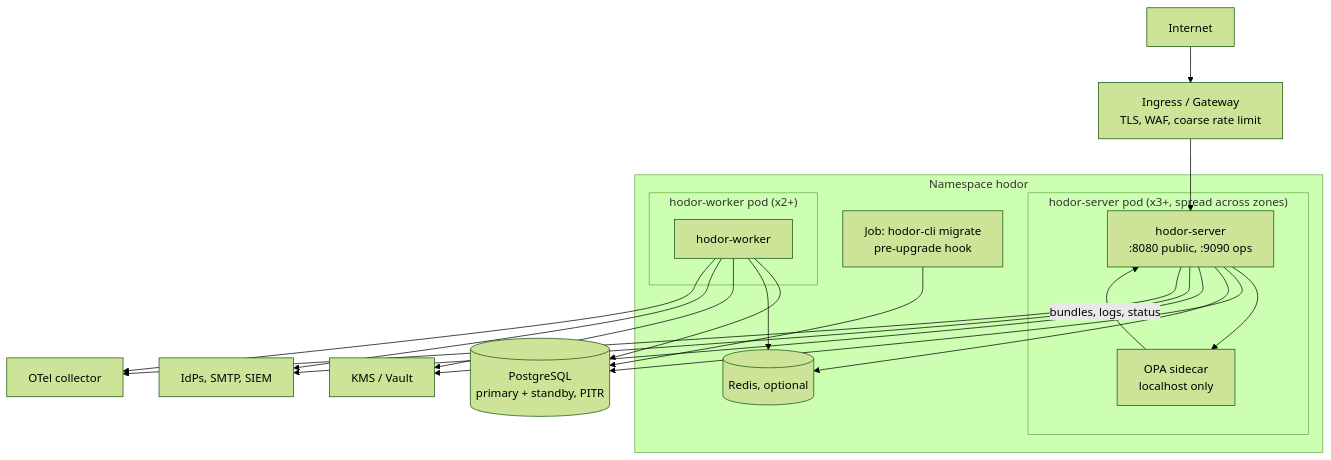
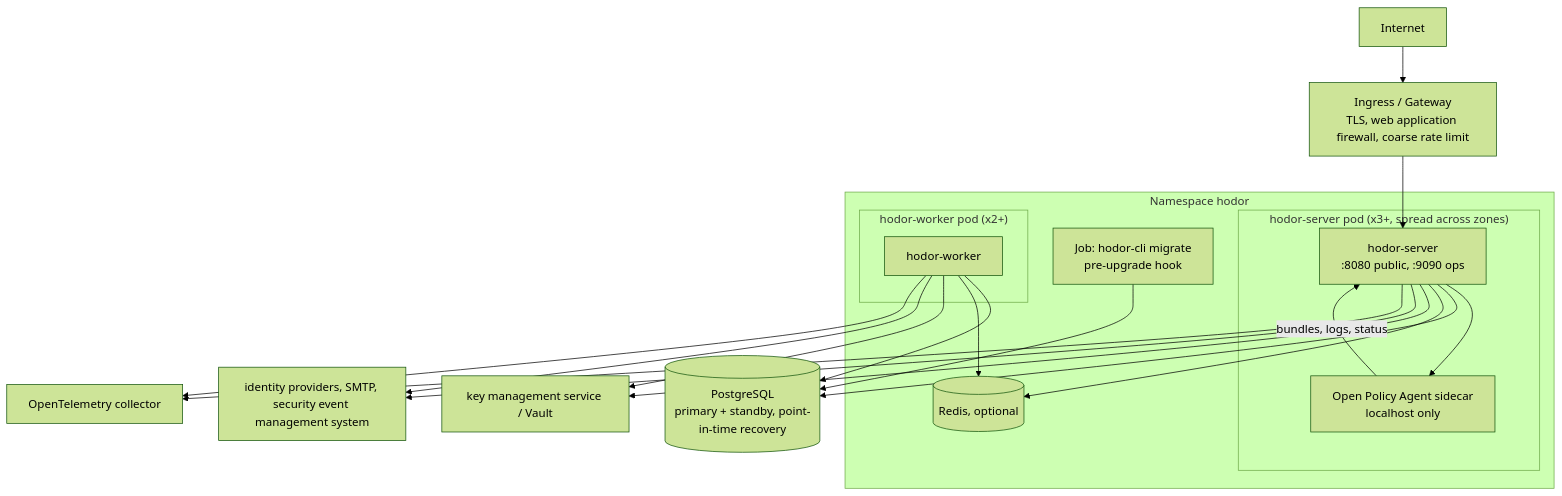
Before and after one commit to ortisun/hodor: the diagram in docs/operations/deployment.md, drawn with Mermaid (forest theme). The commit also changed other lines of this file and 48 other files, not shown here.

````diff
--- a/docs/operations/deployment.md
+++ b/docs/operations/deployment.md
@@ -22,32 +22,32 @@
 ```mermaid
 flowchart TB
-    internet["Internet"] --> ingress["Ingress / Gateway<br/>TLS, WAF, coarse rate limit"]
+    internet["Internet"] --> ingress["Ingress / Gateway<br/>TLS, web application firewall, coarse rate limit"]
 
-    subgraph ns["Namespace hodor"]
-        subgraph spod["hodor-server pod (x3+, spread across zones)"]
+    subgraph namespace["Namespace hodor"]
+        subgraph serverPod["hodor-server pod (x3+, spread across zones)"]
             server["hodor-server<br/>:8080 public, :9090 ops"]
-            opa["OPA sidecar<br/>localhost only"]
+            policyAgent["Open Policy Agent sidecar<br/>localhost only"]
         end
-        subgraph wpod["hodor-worker pod (x2+)"]
+        subgraph workerPod["hodor-worker pod (x2+)"]
             worker["hodor-worker"]
         end
-        mig["Job: hodor-cli migrate<br/>pre-upgrade hook"]
+        migration["Job: hodor-cli migrate<br/>pre-upgrade hook"]
         redis[("Redis, optional")]
     end
 
-    pg[("PostgreSQL<br/>primary + standby, PITR")]
-    kms["KMS / Vault"]
-    otel["OTel collector"]
-    ext["IdPs, SMTP, SIEM"]
+    postgres[("PostgreSQL<br/>primary + standby, point-in-time recovery")]
+    keyService["key management service / Vault"]
+    telemetryCollector["OpenTelemetry collector"]
+    externalServices["identity providers, SMTP, security event management system"]
 
     ingress --> server
-    server --> opa
-    opa -->|"bundles, logs, status"| server
-    server --> pg & redis & kms
-    worker --> pg & redis & kms
-    worker --> ext
-    server --> ext
-    mig --> pg
-    server --> otel
-    worker --> otel
+    server --> policyAgent
+    policyAgent -->|"bundles, logs, status"| server
+    server --> postgres & redis & keyService
+    worker --> postgres & redis & keyService
+    worker --> externalServices
+    server --> externalServices
+    migration --> postgres
+    server --> telemetryCollector
+    worker --> telemetryCollector
 ```
````
